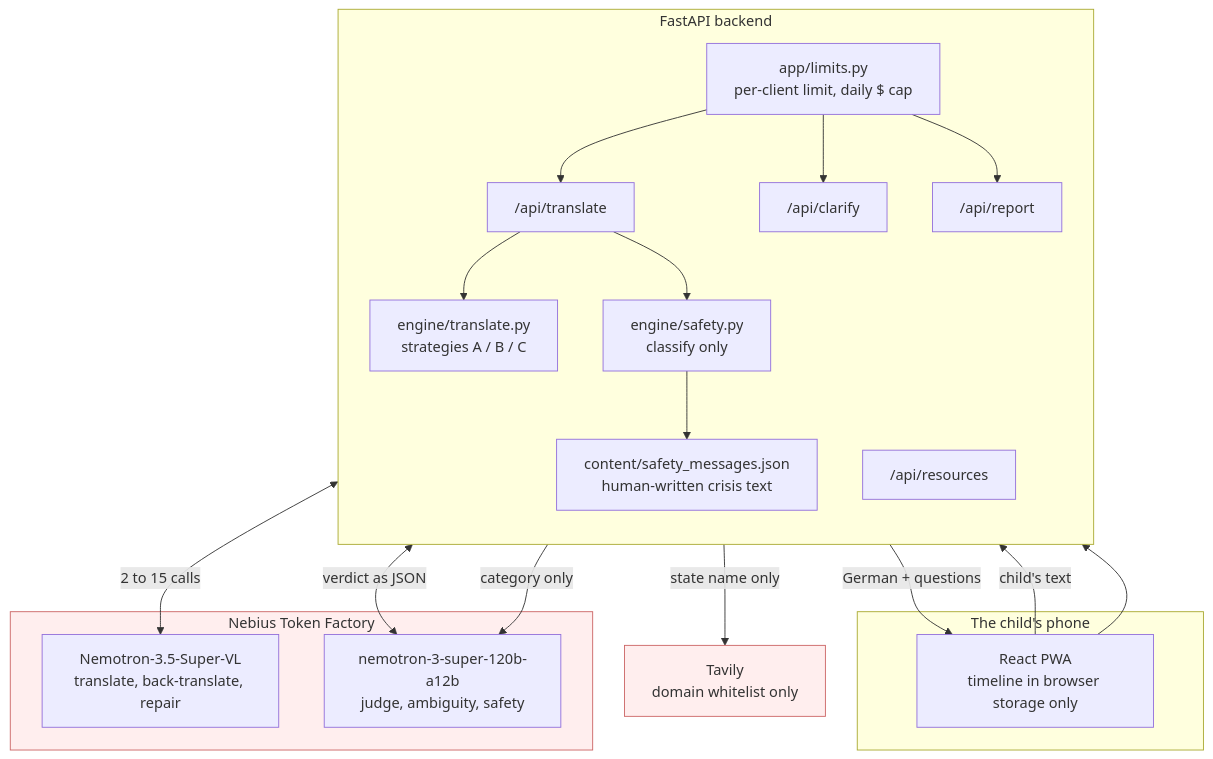
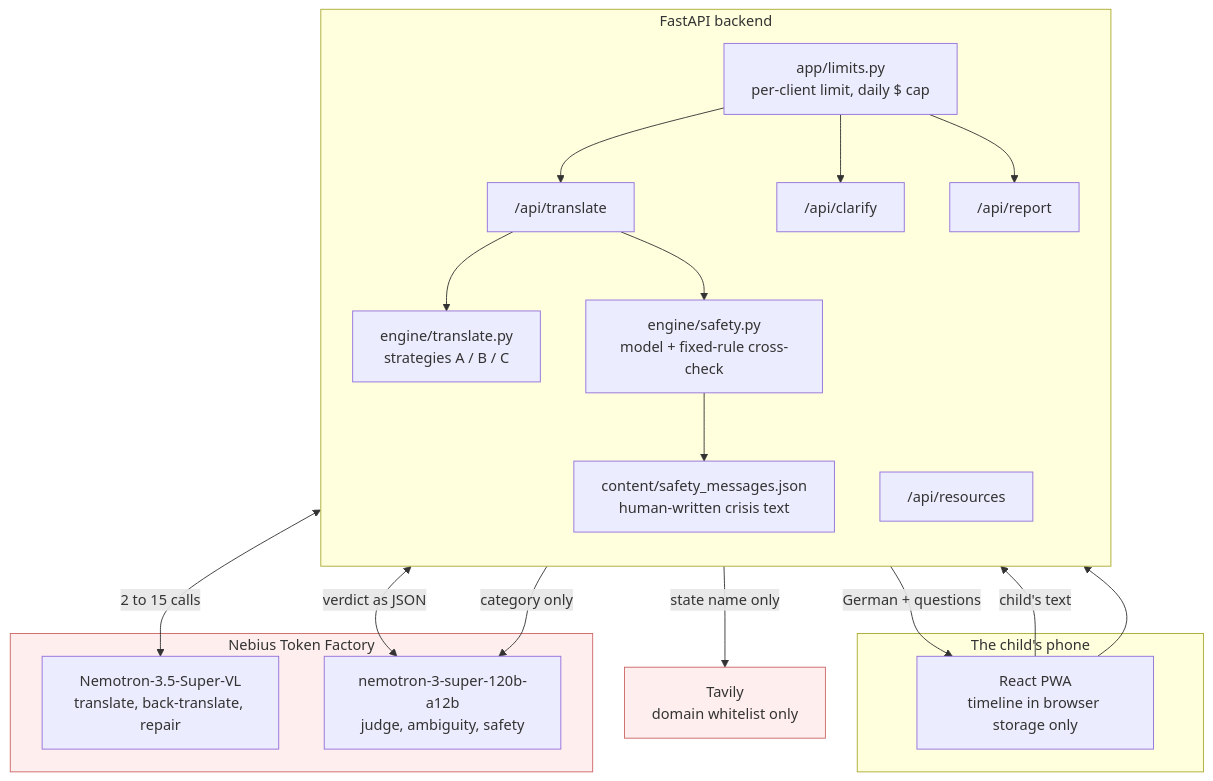
Before and after one commit to swarupgaikwad1801-ux/vividia: the diagram in README.md, drawn with Mermaid. The commit also changed other lines of this file and 1 other file, not shown here.

First line of the commit message:
Docs: judge-ready README and SAFETY.md

````diff
--- a/README.md
+++ b/README.md
@@ -66,39 +93,39 @@
 ```mermaid
 flowchart TB
     subgraph phone["The child's phone"]
         UI["React PWA<br/>timeline in browser storage only"]
     end
 
     subgraph api["FastAPI backend"]
         direction TB
         GUARD["app/limits.py<br/>per-client limit, daily $ cap"]
         T["/api/translate"]
         C["/api/clarify"]
         R["/api/report"]
         RES["/api/resources"]
         ENG["engine/translate.py<br/>strategies A / B / C"]
-        SAFE["engine/safety.py<br/>classify only"]
+        SAFE["engine/safety.py<br/>model + fixed-rule cross-check"]
         FIX["content/safety_messages.json<br/>human-written crisis text"]
     end
 
     subgraph nebius["Nebius Token Factory"]
         FAN["Nemotron-3.5-Super-VL<br/>translate, back-translate, repair"]
         JUDGE["nemotron-3-super-120b-a12b<br/>judge, ambiguity, safety"]
     end
 
     TAVILY["Tavily<br/>domain whitelist only"]
 
     UI -->|"child's text"| GUARD
     GUARD --> T & C & R
     UI --> RES
     T --> ENG & SAFE
     ENG <-->|"2 to 15 calls"| FAN
     ENG <-->|"verdict as JSON"| JUDGE
     SAFE -->|"category only"| JUDGE
     SAFE --> FIX
     RES -->|"state name only"| TAVILY
     ENG -->|"German + questions"| UI
 
     classDef off fill:#fee,stroke:#c66
     class nebius,TAVILY off
 ```
````
